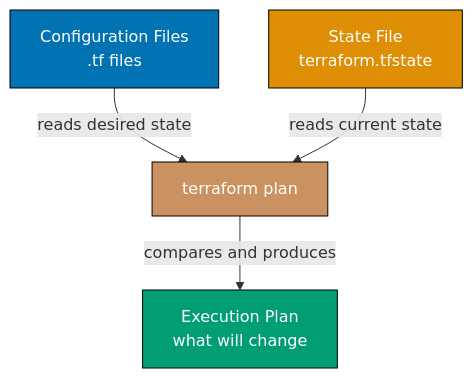
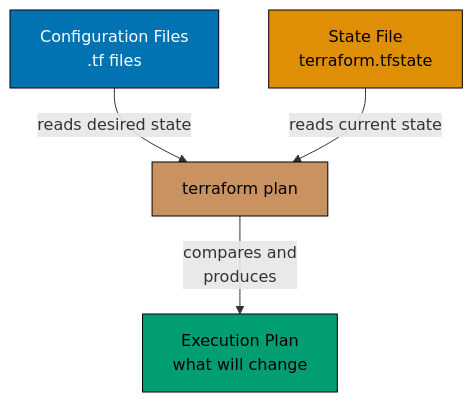
Before and after one commit to wahidyankf/ose-public: the sixth of 9 diagrams in apps/ayokoding-www/content/en/learn/legacy/software-engineering/infrastructure/infrastructure-as-code/by-example/beginner.md, drawn with Mermaid. The commit also changed other lines of this file and 131 other files, not shown here.

First line of the commit message:
fix(mermaid): bring the legacy data, infrastructure, and testing diagrams onto the accessible palette

````diff
--- a/apps/ayokoding-www/content/en/learn/legacy/software-engineering/infrastructure/infrastructure-as-code/by-example/beginner.md
+++ b/apps/ayokoding-www/content/en/learn/legacy/software-engineering/infrastructure/infrastructure-as-code/by-example/beginner.md
@@ -876,16 +909,23 @@
 ```mermaid
 graph TD
+    accTitle: Example 19: terraform plan — The Dry-Run
+    accDescr: Graph with 4 nodes and 3 connections. Nodes: Configuration Files .tf files, State File terraform.tfstate, terraform plan, Execution Plan what will change. Connections: Configuration Files .tf files to terraform plan (reads desired state), State File terraform.tfstate to terraform plan (reads current state), terraform plan to Execution Plan what will change (compares and produces).
     A["Configuration Files<br/>.tf files"]
     B["State File<br/>terraform.tfstate"]
     C["terraform plan"]
     D["Execution Plan<br/>what will change"]
 
     A -->|reads desired state| C
     B -->|reads current state| C
-    C -->|compares and produces| D
+    C -->|compares and<br/>produces| D
 
-    style A fill:#0173B2,stroke:#000,color:#fff
-    style B fill:#DE8F05,stroke:#000,color:#fff
-    style C fill:#CA9161,stroke:#000,color:#fff
-    style D fill:#029E73,stroke:#000,color:#fff
+    classDef pal-0173B2 fill:#0173B2,stroke:#000000,color:#FFFFFF
+    class A pal-0173B2
+    classDef pal-DE8F05 fill:#DE8F05,stroke:#000000,color:#000000
+    class B pal-DE8F05
+    classDef pal-CA9161 fill:#CA9161,stroke:#000000,color:#000000
+    class C pal-CA9161
+    classDef pal-029E73 fill:#029E73,stroke:#000000,color:#000000
+    class D pal-029E73
+    classDef default fill:#FFFFFF,stroke:#000000,color:#000000
 ```
````
